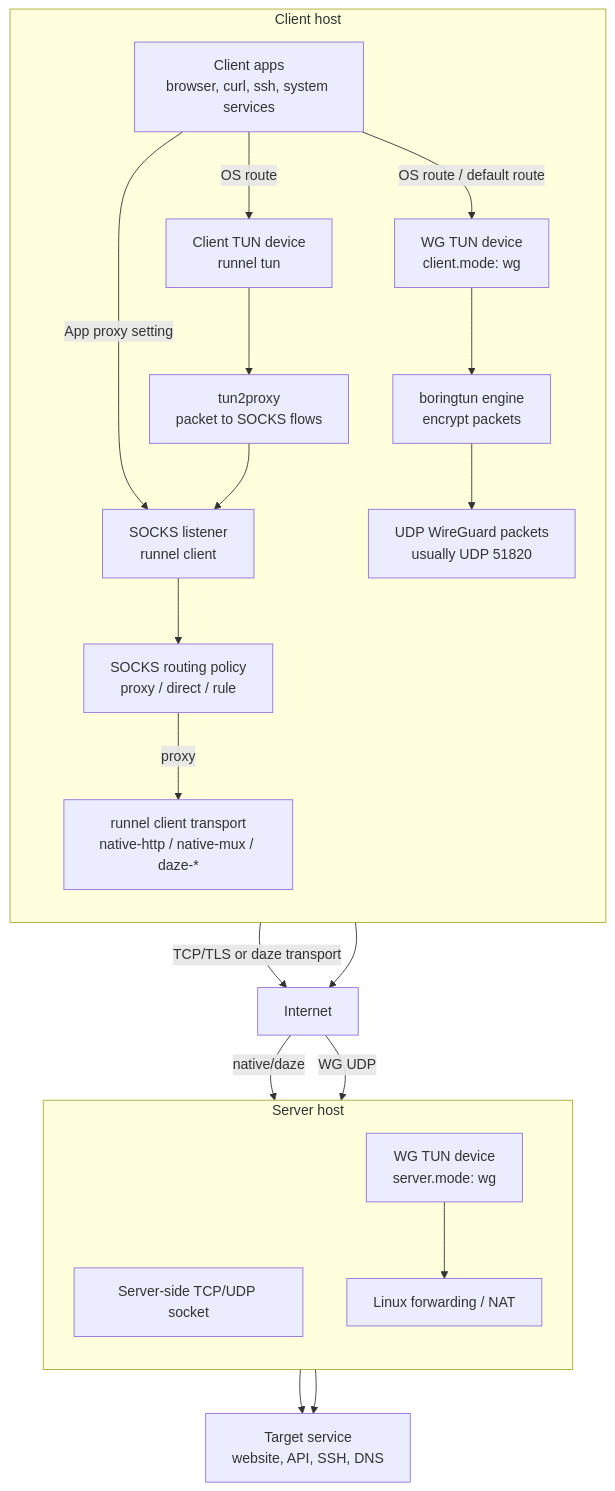
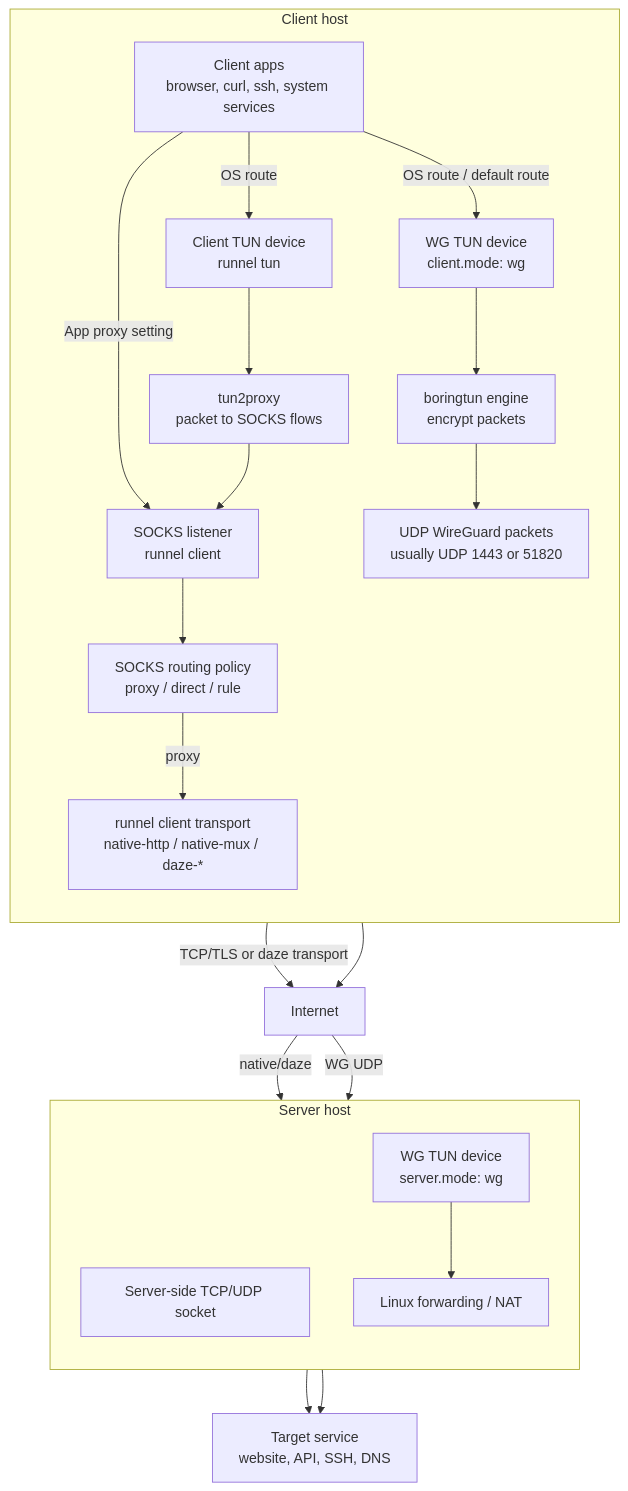
Before and after one commit to chenyukang/runnel: the diagram in docs/arch.md, drawn with Mermaid. The commit also changed other lines of this file and 11 other files, not shown here.

````diff
--- a/docs/arch.md
+++ b/docs/arch.md
@@ -15,34 +40,34 @@
 ```mermaid
 flowchart TD
     App["Client apps<br/>browser, curl, ssh, system services"]
 
     subgraph ClientHost["Client host"]
         direction TB
         App -->|"App proxy setting"| Socks["SOCKS listener<br/>runnel client"]
         App -->|"OS route"| ClientTun["Client TUN device<br/>runnel tun"]
         App -->|"OS route / default route"| WgTun["WG TUN device<br/>client.mode: wg"]
 
         ClientTun --> Tun2Proxy["tun2proxy<br/>packet to SOCKS flows"]
         Tun2Proxy --> Socks
         Socks --> Policy["SOCKS routing policy<br/>proxy / direct / rule"]
         Policy -->|"proxy"| ClientTransport["runnel client transport<br/>native-http / native-mux / daze-*"]
 
         WgTun --> BoringTunClient["boringtun engine<br/>encrypt packets"]
-        BoringTunClient --> WgUdp["UDP WireGuard packets<br/>usually UDP 51820"]
+        BoringTunClient --> WgUdp["UDP WireGuard packets<br/>usually UDP 1443 or 51820"]
     end
 
     ClientTransport -->|"TCP/TLS or daze transport"| Internet["Internet"]
     WgUdp --> Internet
     Internet -->|"native/daze"| ServerSocket
     Internet -->|"WG UDP"| ServerTun
 
     subgraph ServerHost["Server host"]
         direction TB
         ServerSocket["Server-side TCP/UDP socket"]
         ServerTun["WG TUN device<br/>server.mode: wg"]
         ServerTun --> ForwardNat["Linux forwarding / NAT"]
     end
 
     ServerSocket --> Target["Target service<br/>website, API, SSH, DNS"]
     ForwardNat --> Target
 ```
````
